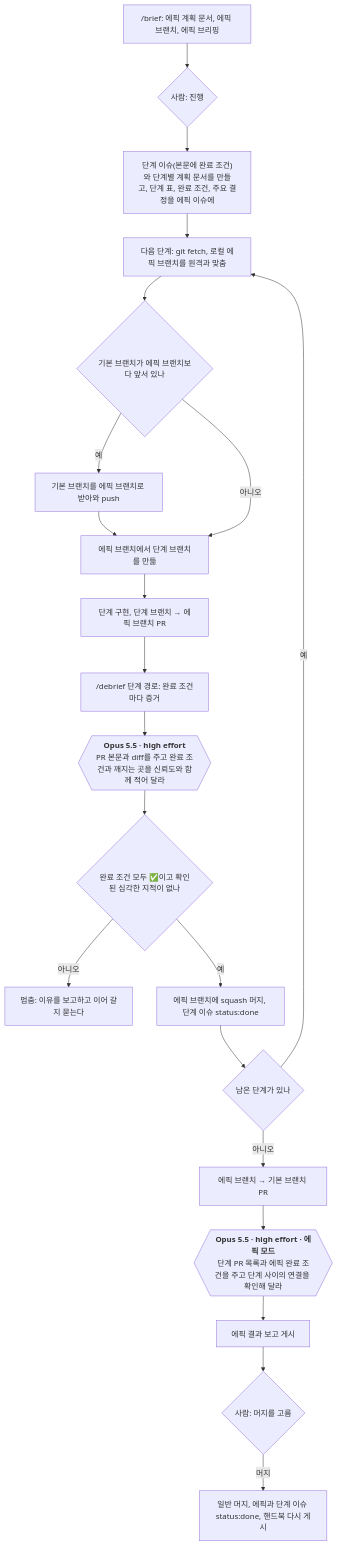
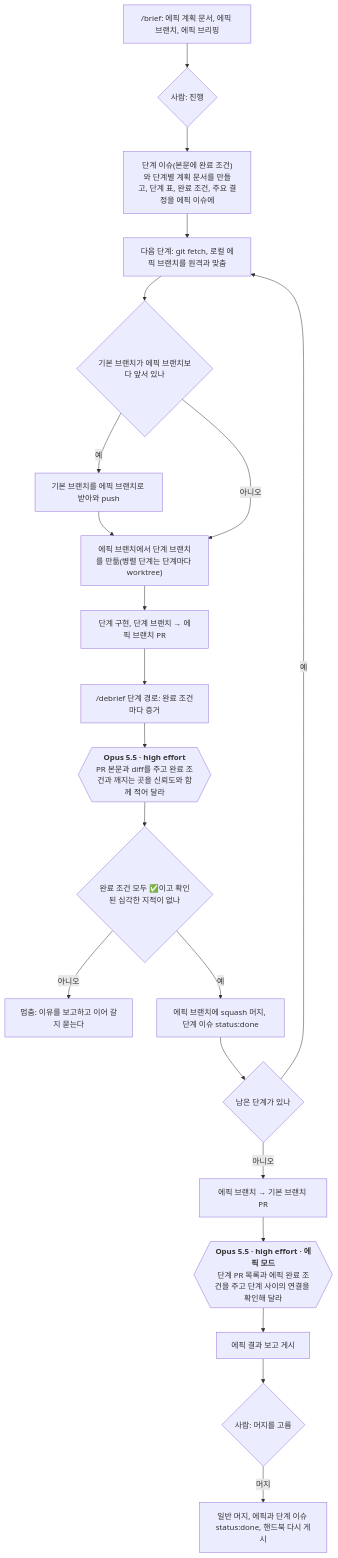
One commit to dincal/agent_logbook changed the eighth of 9 diagrams in docs/system/flows.md. Above: the diagram before and after it, drawn with Mermaid. The commit also changed other lines of this file and 17 other files, not shown here.

````diff
--- a/docs/system/flows.md
+++ b/docs/system/flows.md
@@ -215,24 +222,24 @@
 ```mermaid
 flowchart TD
   S["/brief: 에픽 계획 문서, 에픽 브랜치, 에픽 브리핑"] --> A{"사람: 진행"}
   A --> C["단계 이슈(본문에 완료 조건)와 단계별 계획 문서를 만들고, 단계 표, 완료 조건, 주요 결정을 에픽 이슈에"]
   C --> N["다음 단계: git fetch, 로컬 에픽 브랜치를 원격과 맞춤"]
   N --> M{"기본 브랜치가 에픽 브랜치보다 앞서 있나"}
   M -->|"예"| MM["기본 브랜치를 에픽 브랜치로 받아와 push"] --> B
-  M -->|"아니오"| B["에픽 브랜치에서 단계 브랜치를 만듦"]
+  M -->|"아니오"| B["에픽 브랜치에서 단계 브랜치를 만듦(병렬 단계는 단계마다 worktree)"]
   B --> I["단계 구현, 단계 브랜치 → 에픽 브랜치 PR"]
   I --> E["/debrief 단계 경로: 완료 조건마다 증거"]
   E --> R{{"`**Opus 5.5 · high effort**
   PR 본문과 diff를 주고 완료 조건과 깨지는 곳을 신뢰도와 함께 적어 달라`"}}
   R --> G{"완료 조건 모두 ✅이고 확인된 심각한 지적이 없나"}
   G -->|"아니오"| X["멈춤: 이유를 보고하고 이어 갈지 묻는다"]
   G -->|"예"| Q["에픽 브랜치에 squash 머지, 단계 이슈 status:done"]
   Q --> L{"남은 단계가 있나"}
   L -->|"예"| N
   L -->|"아니오"| P["에픽 브랜치 → 기본 브랜치 PR"]
   P --> ER{{"`**Opus 5.5 · high effort · 에픽 모드**
   단계 PR 목록과 에픽 완료 조건을 주고 단계 사이의 연결을 확인해 달라`"}}
   ER --> H["에픽 결과 보고 게시"]
   H --> HQ{"사람: 머지를 고름"}
   HQ -->|"머지"| MG["일반 머지, 에픽과 단계 이슈 status:done, 핸드북 다시 게시"]
 ```
````
